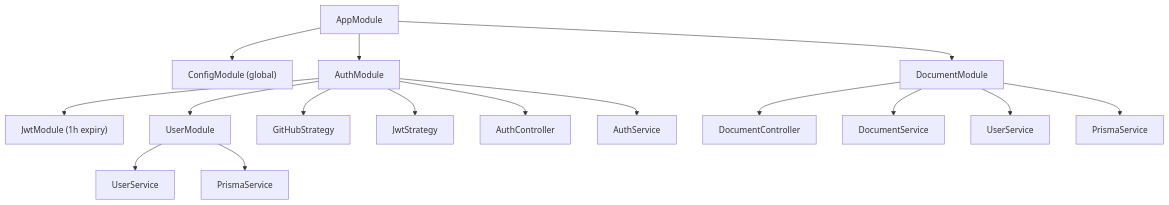
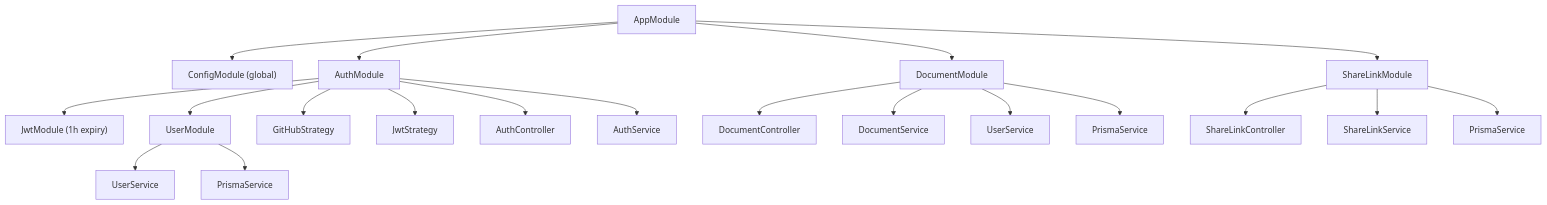
Before and after one commit to wafflebase/wafflebase: the first of 2 diagrams in design/backend.md, drawn with Mermaid. The commit also changed other lines of this file and 17 other files, not shown here.

````diff
--- a/design/backend.md
+++ b/design/backend.md
@@ -32,22 +32,27 @@
 ```mermaid
 flowchart TD
   APP["AppModule"]
   APP --> CONFIG["ConfigModule (global)"]
   APP --> AUTH["AuthModule"]
   APP --> DOC["DocumentModule"]
+  APP --> SHARE["ShareLinkModule"]
 
   AUTH --> JWT_MOD["JwtModule (1h expiry)"]
   AUTH --> USER_MOD["UserModule"]
   AUTH --> GH["GitHubStrategy"]
   AUTH --> JW["JwtStrategy"]
   AUTH --> AC["AuthController"]
   AUTH --> AS["AuthService"]
 
   USER_MOD --> US["UserService"]
   USER_MOD --> PS1["PrismaService"]
 
   DOC --> DC["DocumentController"]
   DOC --> DS["DocumentService"]
   DOC --> US2["UserService"]
   DOC --> PS2["PrismaService"]
+
+  SHARE --> SLC["ShareLinkController"]
+  SHARE --> SLS["ShareLinkService"]
+  SHARE --> PS3["PrismaService"]
 ```
````
